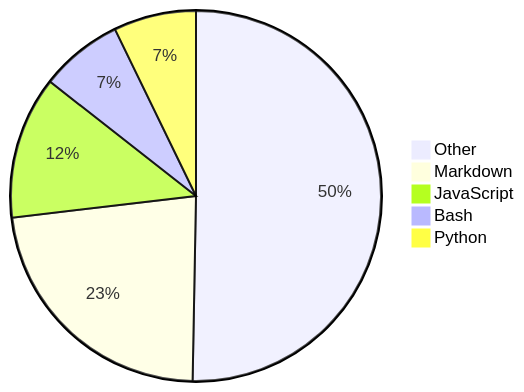
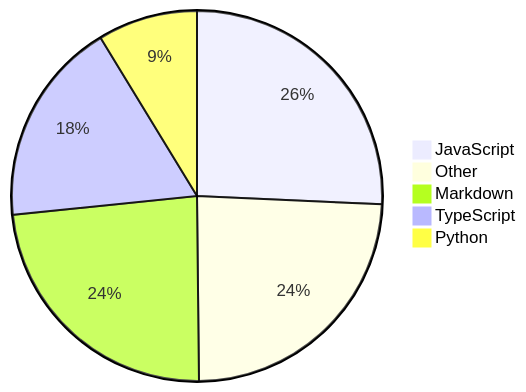
One commit to Alicia111/alicia111 changed the diagram in README.md. Above: the diagram before and after it, drawn with Mermaid.

Commit message:
Update WakaTime stats (・ω・)b

````diff
--- a/README.md
+++ b/README.md
@@ -32,8 +32,8 @@
 ```mermaid
 pie
-    "Other" : 39.68
-    "Markdown" : 18.02
-    "JavaScript" : 9.82
-    "Bash" : 5.7
-    "Python" : 5.68
+    "JavaScript" : 20.33
+    "Other" : 19.07
+    "Markdown" : 18.62
+    "TypeScript" : 14.16
+    "Python" : 6.89
 ```
````
